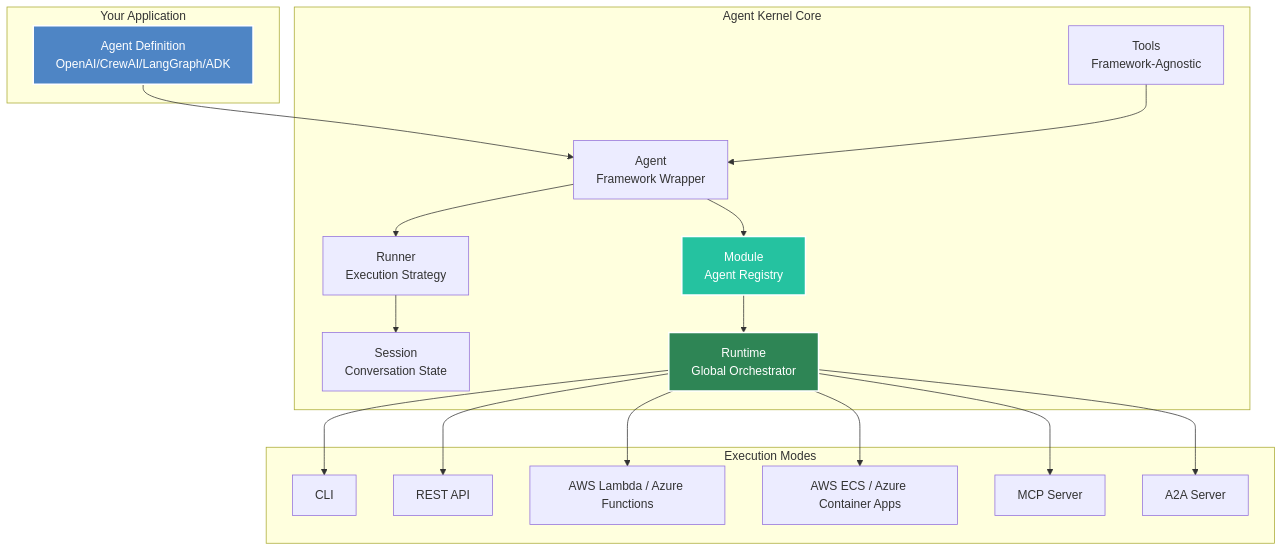
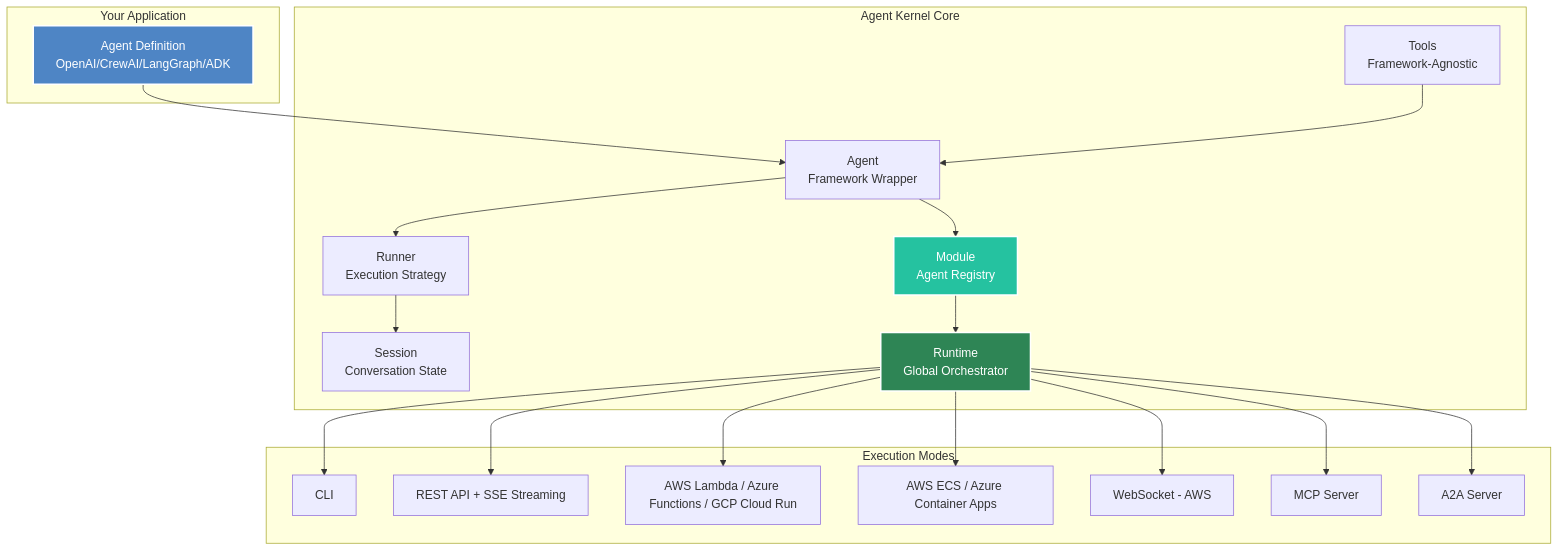
Before and after one commit to yaalalabs/agent-kernel: the first of 4 diagrams in docs/docs/core-concepts/overview.md, drawn with Mermaid. The commit also changed other lines of this file and 41 other files, not shown here.

````diff
--- a/docs/docs/core-concepts/overview.md
+++ b/docs/docs/core-concepts/overview.md
@@ -11,41 +11,43 @@
 ```mermaid
 graph TB
     subgraph "Your Application"
         A[Agent Definition<br/>OpenAI/CrewAI/LangGraph/ADK]
     end
     
     subgraph "Agent Kernel Core"
         B[Agent<br/>Framework Wrapper]
         T[Tools<br/>Framework-Agnostic]
         C[Runner<br/>Execution Strategy]
         D[Session<br/>Conversation State]
         E[Module<br/>Agent Registry]
         F[Runtime<br/>Global Orchestrator]
     end
     
     subgraph "Execution Modes"
         G[CLI]
-        H[REST API]
-        I[AWS Lambda / Azure Functions]
+        H[REST API + SSE Streaming]
+        I[AWS Lambda / Azure Functions / GCP Cloud Run]
         J[AWS ECS / Azure Container Apps]
+        W[WebSocket - AWS]
         K[MCP Server]
         L[A2A Server]
     end
     
     A --> B
     T --> B
     B --> C
     C --> D
     E --> F
     B --> E
     F --> G
     F --> H
     F --> I
     F --> J
+    F --> W
     F --> K
     F --> L
     
     style A fill:#4e85c5,stroke:#fff,stroke-width:2px,color:#fff
     style F fill:#2e8555,stroke:#fff,stroke-width:2px,color:#fff
     style E fill:#25c2a0,stroke:#fff,stroke-width:2px,color:#fff
 ```
````
